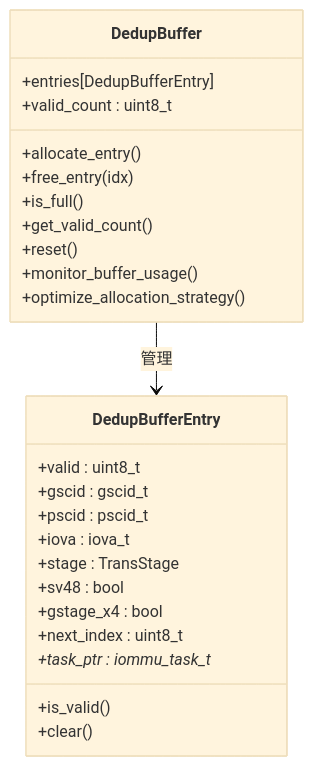
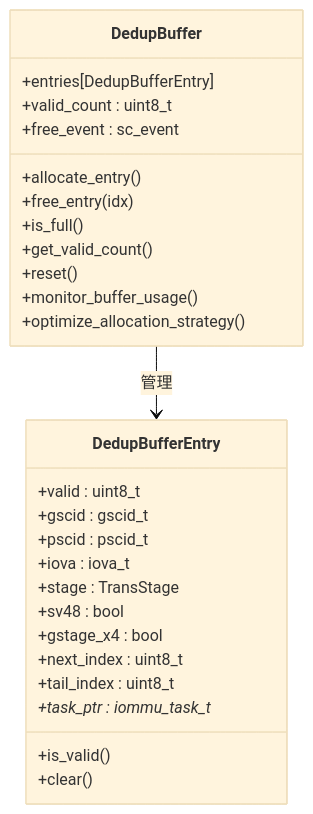
Before and after one commit to jiangjiang1122/iommu_model_20260401_v1: the fourth of 7 diagrams in .qoder/repowiki/zh/content/缓存系统架构/页表缓存(PT Cache)/PT Cache去重+预取集成.md, drawn with Mermaid (base theme). The commit also changed other lines of this file and 16 other files, not shown here.

````diff
--- a/.qoder/repowiki/zh/content/缓存系统架构/页表缓存(PT Cache)/PT Cache去重+预取集成.md
+++ b/.qoder/repowiki/zh/content/缓存系统架构/页表缓存(PT Cache)/PT Cache去重+预取集成.md
@@ -282,28 +307,30 @@
 ```mermaid
 classDiagram
 class DedupBuffer {
 +entries[DedupBufferEntry]
 +valid_count : uint8_t
++free_event : sc_event
 +allocate_entry()
 +free_entry(idx)
 +is_full()
 +get_valid_count()
 +reset()
 +monitor_buffer_usage()
 +optimize_allocation_strategy()
 }
 class DedupBufferEntry {
 +valid : uint8_t
 +gscid : gscid_t
 +pscid : pscid_t
 +iova : iova_t
 +stage : TransStage
 +sv48 : bool
 +gstage_x4 : bool
 +next_index : uint8_t
++tail_index : uint8_t
 +task_ptr : iommu_task_t*
 +is_valid()
 +clear()
 }
 DedupBuffer --> DedupBufferEntry : 管理
 ```
````
